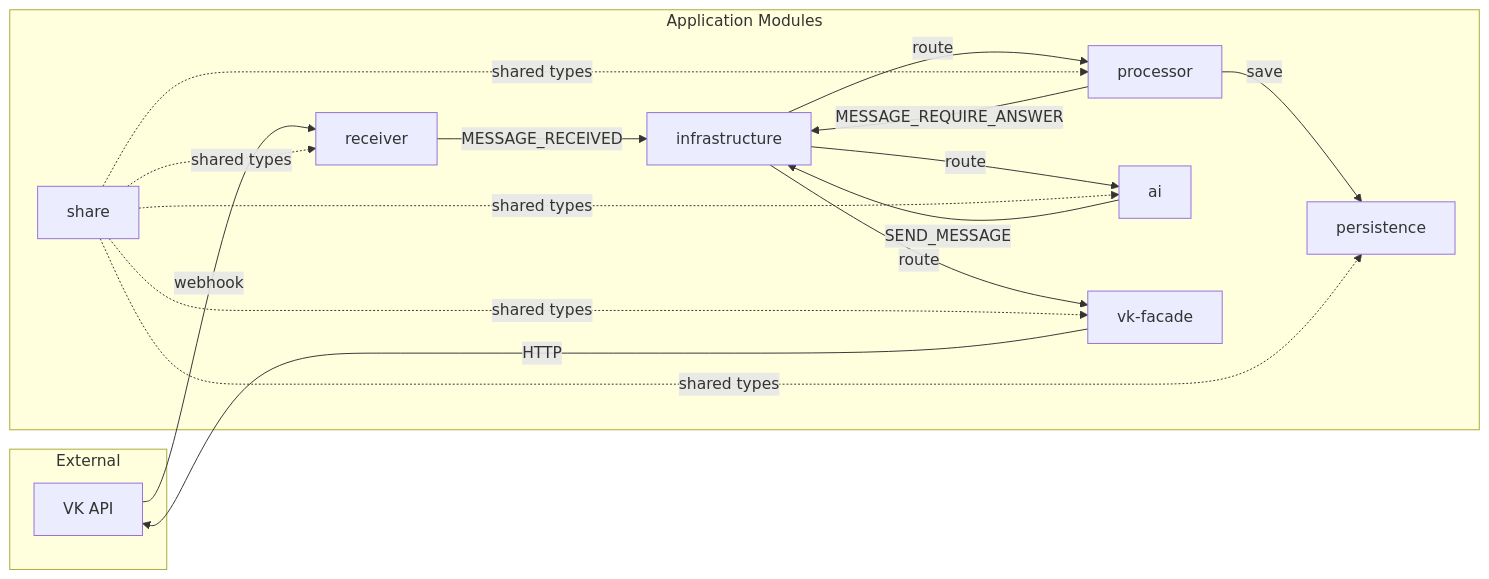
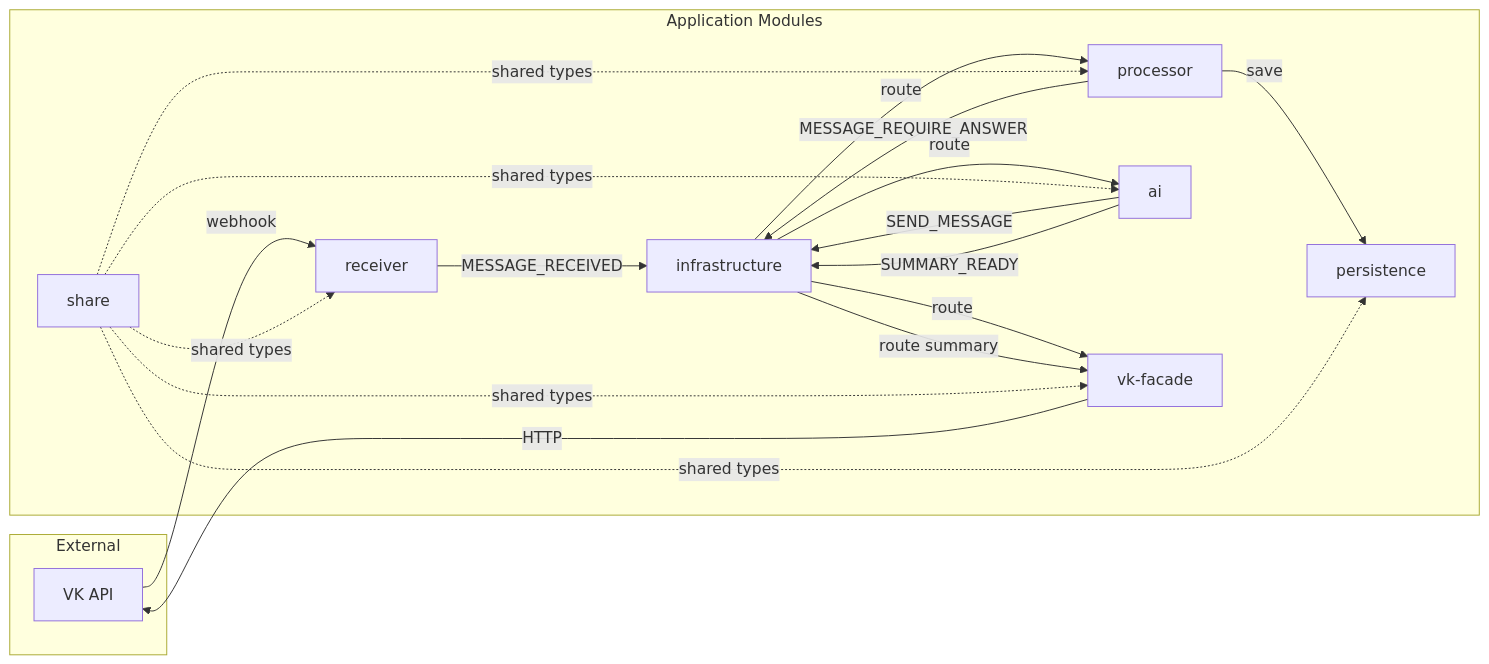
The diagram in docs/architecture/modules.md (MaximenkovAnton/vkbot), drawn with Mermaid before and after one commit. The commit also changed other lines of this file and 3 other files, not shown here.

````diff
--- a/docs/architecture/modules.md
+++ b/docs/architecture/modules.md
@@ -204,32 +220,34 @@
 ```mermaid
 flowchart LR
     subgraph "External"
         VK[VK API]
     end
 
     subgraph "Application Modules"
         R[receiver]
         P[processor]
         A[ai]
         PER[persistence]
         VF[vk-facade]
         INF[infrastructure]
         S[share]
     end
 
     VK -->|webhook| R
     R -->|MESSAGE_RECEIVED| INF
     INF -->|route| P
     P -->|save| PER
     P -->|MESSAGE_REQUIRE_ANSWER| INF
     INF -->|route| A
     A -->|SEND_MESSAGE| INF
     INF -->|route| VF
     VF -->|HTTP| VK
+    A -->|SUMMARY_READY| INF
+    INF -->|route summary| VF
 
     S -.->|shared types| R
     S -.->|shared types| P
     S -.->|shared types| A
     S -.->|shared types| PER
     S -.->|shared types| VF
 ```
````
